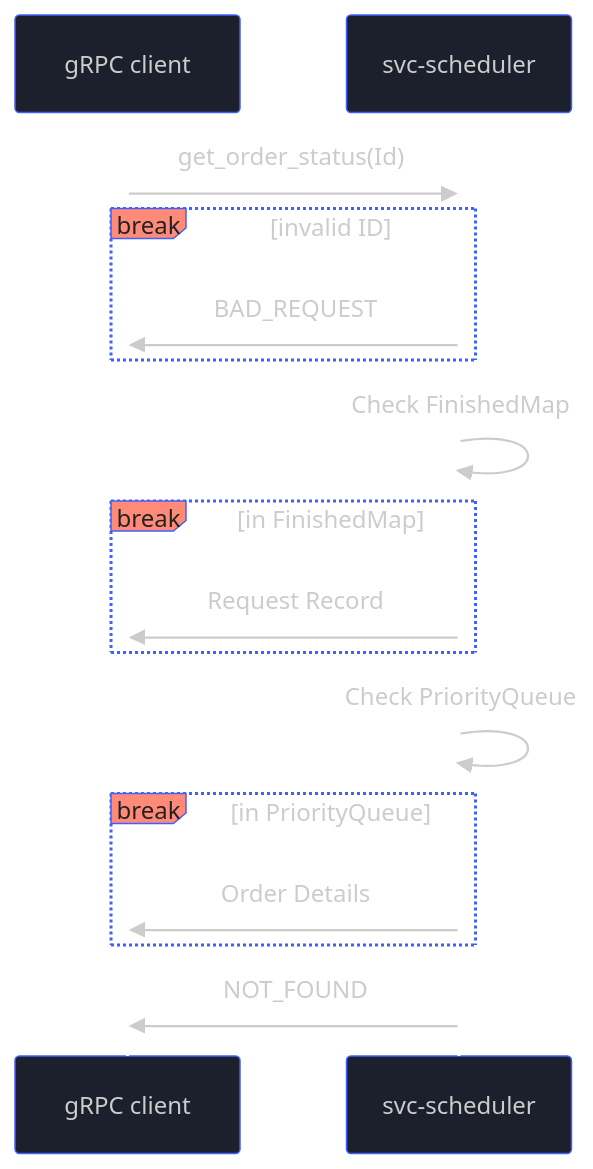
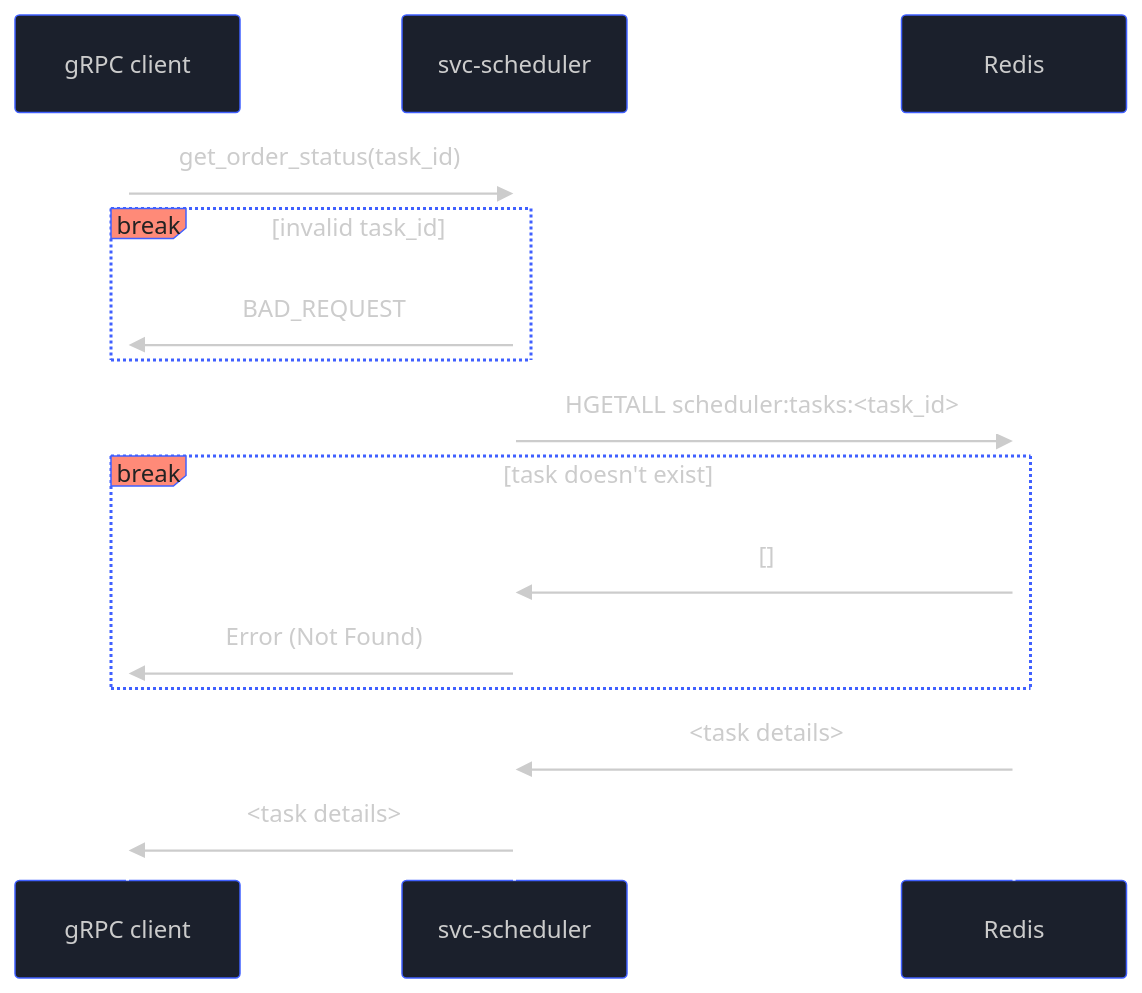
One commit to aetheric-oss/svc-scheduler changed the seventh of 9 diagrams in docs/sdd.md. Above: the diagram before and after it, drawn with Mermaid. The commit also changed other lines of this file and 2 other files, not shown here.

Commit message:
chore: revise design using redis

````diff
--- a/docs/sdd.md
+++ b/docs/sdd.md
@@ -458,41 +428,38 @@
 ```mermaid
 %%{
   init: {
     'theme': 'base',
     'themeVariables': {
       'primaryColor': '#1B202C',
       'primaryBorderColor': '#4060FF',
       'primaryTextColor': '#CCC',
       'actorLineColor': '#fff',
       'labelBoxBkgColor': '#FF8A78',
       'labelTextColor': '#222',
       'sequenceNumberColor': '#1B202C',
       'noteBkgColor': '#D6D6D6',
       'noteTextColor': '#222',
       'activationBkgColor': '#FF8A78'
     }
   }
 }%%
 sequenceDiagram
     participant grpc_client as gRPC client
     participant scheduler as svc-scheduler
+    participant redis as Redis
 
-    grpc_client->>scheduler: get_order_status(Id)
-    break invalid ID
+    grpc_client->>scheduler: get_order_status(task_id)
+    break invalid task_id
         scheduler->>grpc_client: BAD_REQUEST
     end
 
-    scheduler->>scheduler: Check FinishedMap
+    scheduler->>redis: HGETALL scheduler:tasks:<task_id>
 
-    break in FinishedMap
-        scheduler->>grpc_client: Request Record
+    break task doesn't exist
+        redis->>scheduler: []
+        scheduler->>grpc_client: Error (Not Found)
     end 
 
-    scheduler->>scheduler: Check PriorityQueue
-
-    break in PriorityQueue
-        scheduler->>grpc_client: Order Details
-    end
-
-    scheduler->>grpc_client: NOT_FOUND
+    redis->>scheduler: <task details>
+    scheduler->>grpc_client: <task details>
 ```
````
